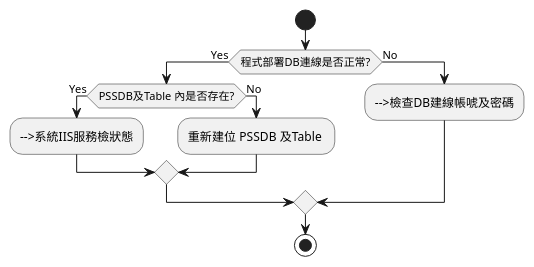
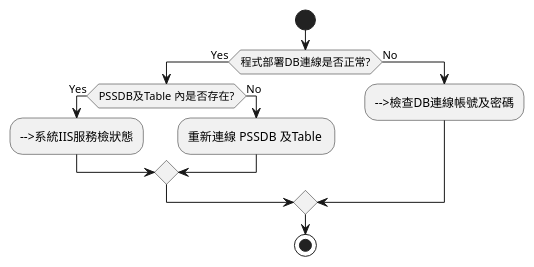
The first of 2 diagrams in root/異常處理/網頁無法顯示.md (FrancoLiuDev/powermoat_doc), drawn with PlantUML before and after one commit. The commit also changed 8 other files, not shown here.

````diff
--- a/root/異常處理/網頁無法顯示.md
+++ b/root/異常處理/網頁無法顯示.md
@@ -7,16 +7,16 @@
 ```plantuml
 @startuml
 start
 if (程式部署DB連線是否正常?) then (Yes)
     if (PSSDB及Table 內是否存在?) then (Yes)
         :-->系統IIS服務檢狀態;
     else (No)
-        :重新建位 PSSDB 及Table ;
+        :重新連線 PSSDB 及Table ;
     endif
 else (No)
-   :-->檢查DB建線帳唬及密碼;
+   :-->檢查DB連線帳號及密碼;
 endif
 
 stop
 @enduml
 ```
````
